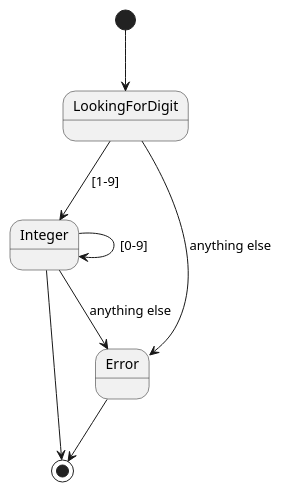
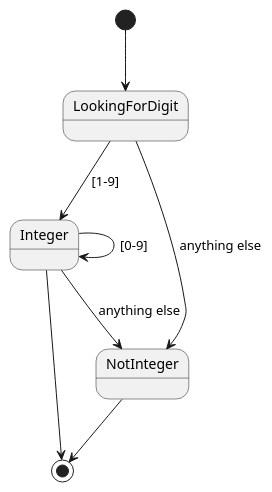
The diagram in doc/uml/integer.plantuml (quality-liquid/cs5700-assn5-regex), drawn with PlantUML before and after one commit. The commit also changed 3 other files, not shown here.

Commit message:
wrote float state diagram

```diff
--- a/doc/uml/integer.plantuml
+++ b/doc/uml/integer.plantuml
@@ -1,11 +1,11 @@
 @startuml
 
 [*] --> LookingForDigit
 LookingForDigit --> Integer: [1-9]
-LookingForDigit --> Error: anything else
+LookingForDigit --> NotInteger: anything else
 Integer --> Integer: [0-9]
 Integer --> [*]
-Integer --> Error: anything else
-Error --> [*]
+Integer --> NotInteger: anything else
+NotInteger --> [*]
 
 @enduml
```
